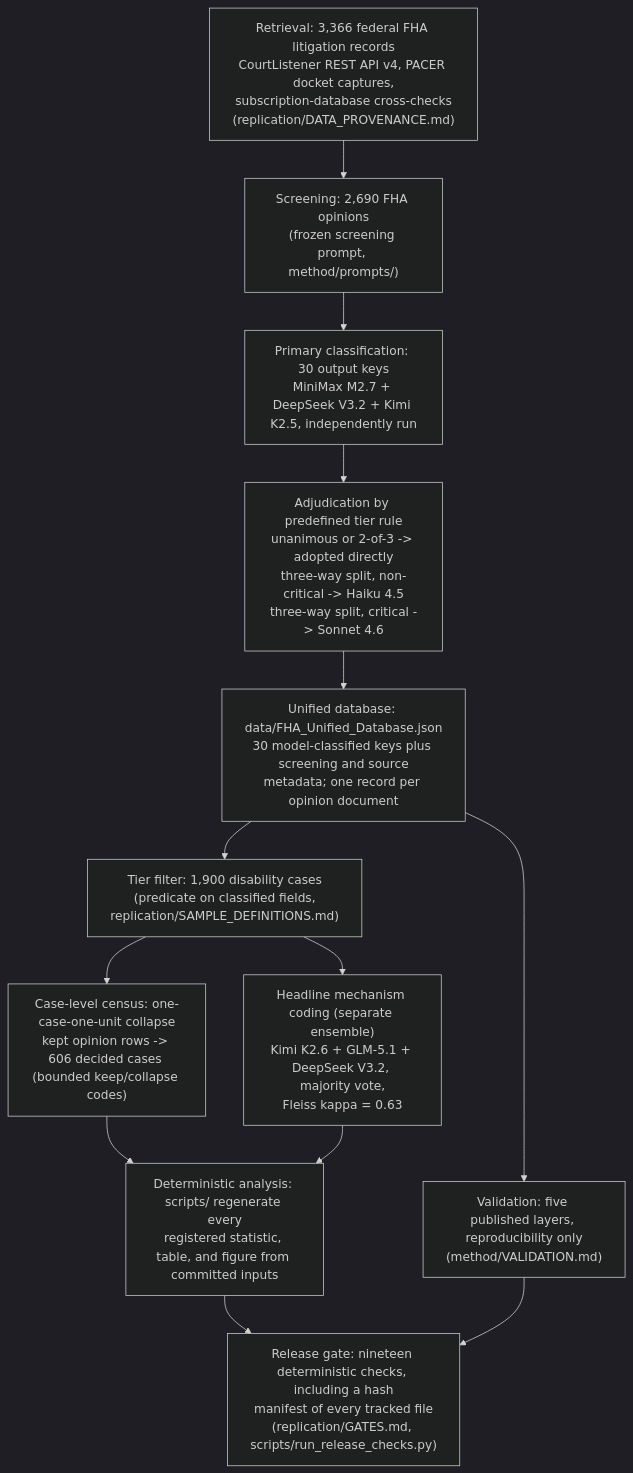
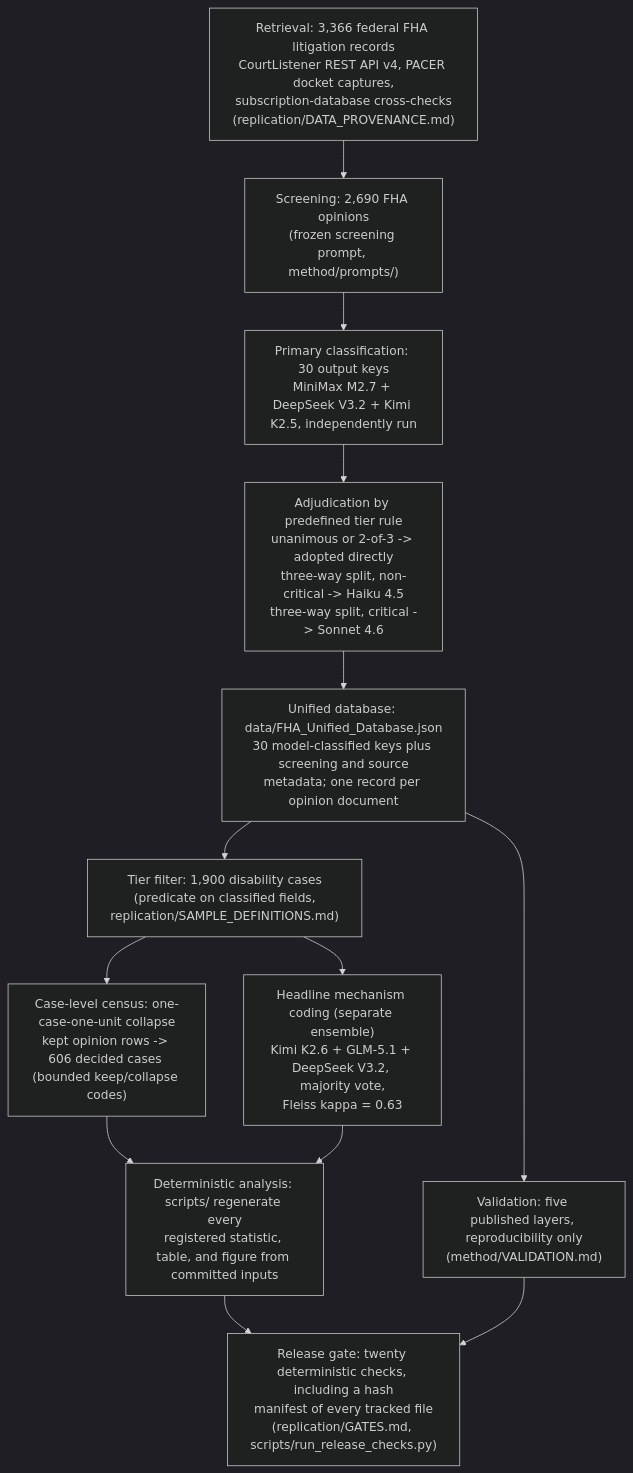
The diagram in method/SYSTEM_MAP.md (NickGillArizona/Duty-Without-Data), drawn with Mermaid (dark theme) before and after one commit. The commit also changed other lines of this file and 46 other files, not shown here.

````diff
--- a/method/SYSTEM_MAP.md
+++ b/method/SYSTEM_MAP.md
@@ -10,23 +10,23 @@
 ```mermaid
 flowchart TD
     A["Retrieval: 3,366 federal FHA litigation records<br/>CourtListener REST API v4, PACER docket captures,<br/>subscription-database cross-checks<br/>(replication/DATA_PROVENANCE.md)"]
     B["Screening: 2,690 FHA opinions<br/>(frozen screening prompt, method/prompts/)"]
     C["Primary classification: 30 output keys<br/>MiniMax M2.7 + DeepSeek V3.2 + Kimi K2.5, independently run"]
     D["Adjudication by predefined tier rule<br/>unanimous or 2-of-3 -> adopted directly<br/>three-way split, non-critical -> Haiku 4.5<br/>three-way split, critical -> Sonnet 4.6"]
     E["Unified database: data/FHA_Unified_Database.json<br/>30 model-classified keys plus screening and source<br/>metadata; one record per opinion document"]
     T2["Tier filter: 1,900 disability cases<br/>(predicate on classified fields,<br/>replication/SAMPLE_DEFINITIONS.md)"]
     F["Headline mechanism coding (separate ensemble)<br/>Kimi K2.6 + GLM-5.1 + DeepSeek V3.2, majority vote,<br/>Fleiss kappa = 0.63"]
     G["Case-level census: one-case-one-unit collapse<br/>kept opinion rows -> 606 decided cases (bounded keep/collapse codes)"]
     H["Deterministic analysis: scripts/ regenerate every<br/>registered statistic, table, and figure from committed inputs"]
     I["Validation: five published layers, reproducibility only<br/>(method/VALIDATION.md)"]
-    J["Release gate: nineteen deterministic checks, including a hash<br/>manifest of every tracked file<br/>(replication/GATES.md, scripts/run_release_checks.py)"]
+    J["Release gate: twenty deterministic checks, including a hash<br/>manifest of every tracked file<br/>(replication/GATES.md, scripts/run_release_checks.py)"]
     A --> B --> C --> D --> E
     E --> T2
     T2 --> F
     T2 --> G
     G --> H
     F --> H
     E --> I
     H --> J
     I --> J
 ```
````
